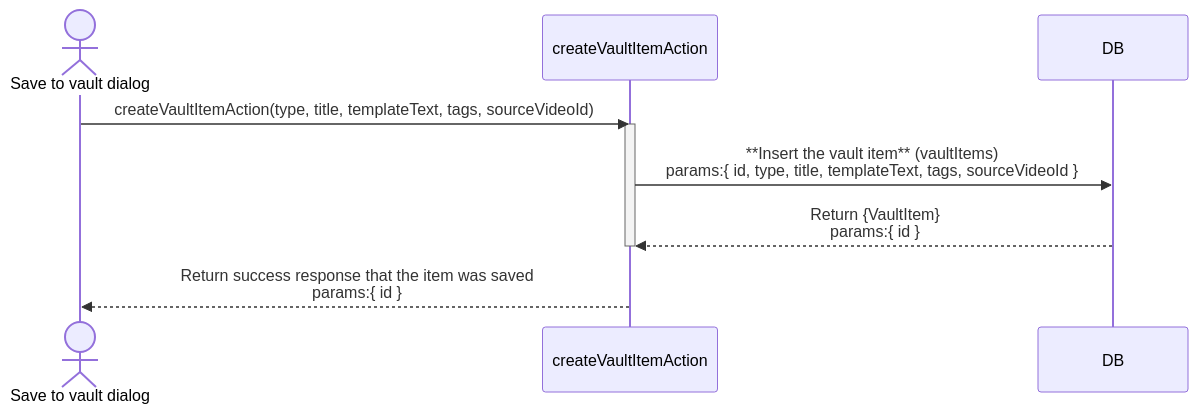
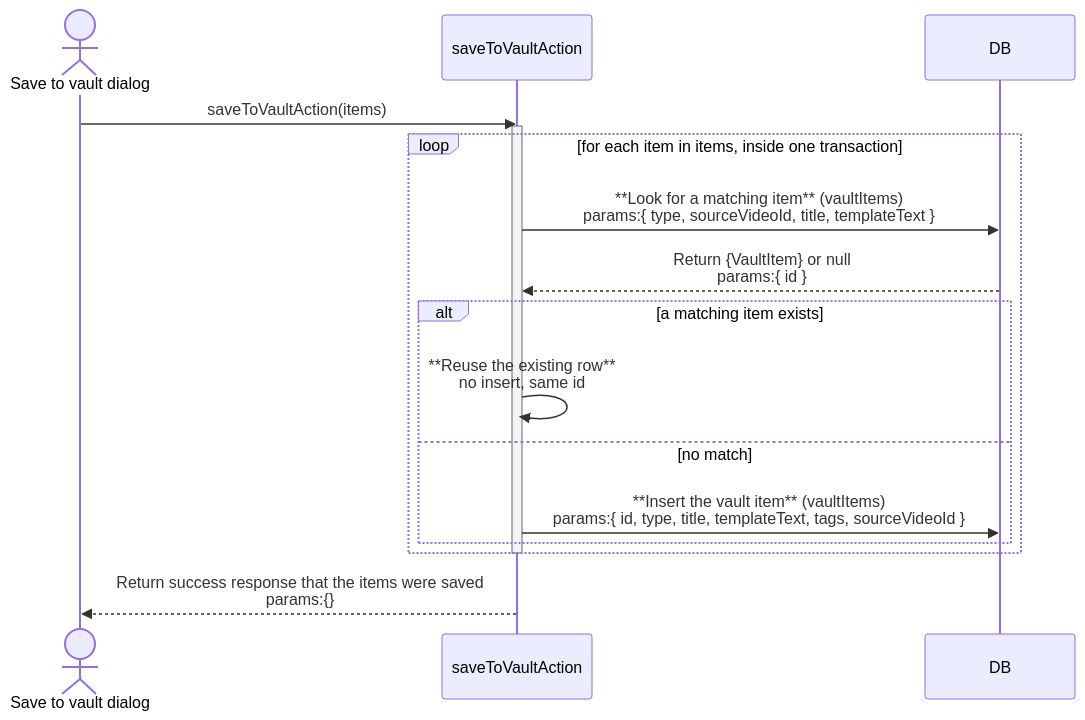
The third of 4 diagrams in documents/architect/core-components/feed/02-architecture.md (Kaiships-ai/crowsnest), drawn with Mermaid before and after one commit. The commit also changed other lines of this file and 1 other file, not shown here.

Commit message:
docs(feed): sync 02/03 to shipped B-05/B-14 fixes and the (list) route move
02-architecture.md and 03-feature-description.md still described the vault
"Both" save as a two-insert Promise.all race and the video detail route's
notFound() as returning HTTP 200, both fixed by 0941f9d (B-05: one atomic,
idempotent db.transaction in saveToVaultAction; B-14: the feed list route
moved into a (list) route group so its Suspense boundary no longer swallows
the sibling route's notFound()). Rewrote the vault sequence diagram and
module-structure rows to match, dropped the now-resolved bullets from "open,
not verified", Limitations, and Edge cases, and updated the feature summary's
Open item column (B-05 to none, B-14 to the still-open B-10). Verified the
new vault-actions test suite passes and mkdocs builds clean before committing.

Claude-Session: https://claude.ai/code/session_01RFY9MaeGmL1iPPEoeCuBHp

````diff
--- a/documents/architect/core-components/feed/02-architecture.md
+++ b/documents/architect/core-components/feed/02-architecture.md
@@ -170,13 +170,20 @@
 ```mermaid
 sequenceDiagram
     actor UI as Save to vault dialog
-    participant Action as createVaultItemAction
+    participant Action as saveToVaultAction
     participant DB
 
-    UI->>Action: createVaultItemAction(type, title, templateText, tags, sourceVideoId)
+    UI->>Action: saveToVaultAction(items)
     activate Action
-    Action->>DB: **Insert the vault item** (vaultItems)<br/>params:{ id, type, title, templateText, tags, sourceVideoId }
-    DB-->>Action: Return {VaultItem}<br/>params:{ id }
+    loop for each item in items, inside one transaction
+        Action->>DB: **Look for a matching item** (vaultItems)<br/>params:{ type, sourceVideoId, title, templateText }
+        DB-->>Action: Return {VaultItem} or null<br/>params:{ id }
+        alt a matching item exists
+            Action->>Action: **Reuse the existing row**<br/>no insert, same id
+        else no match
+            Action->>DB: **Insert the vault item** (vaultItems)<br/>params:{ id, type, title, templateText, tags, sourceVideoId }
+        end
+    end
     deactivate Action
-    Action-->>UI: Return success response that the item was saved<br/>params:{ id }
+    Action-->>UI: Return success response that the items were saved<br/>params:{}
 ```
````
